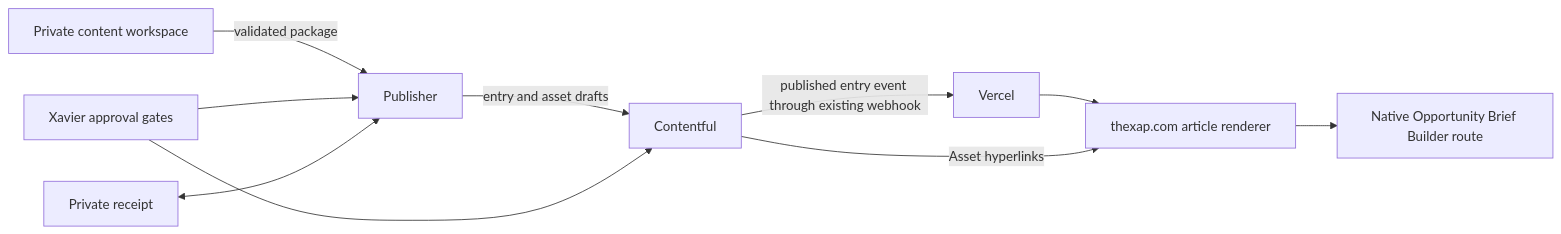
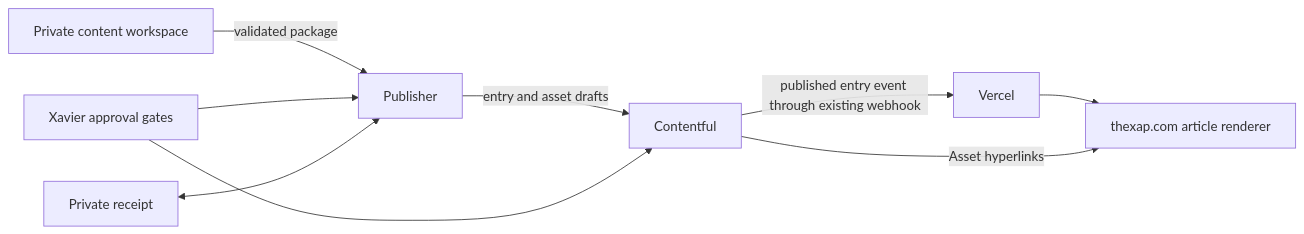
One commit to xap5xap/thexap_tech changed the first of 2 diagrams in docs/publishing/visual-tutorial-publication-contract.md. Above: the diagram before and after it, drawn with Mermaid. The commit also changed other lines of this file and 14 other files, not shown here.

Commit message:
fix: remove opportunity brief builder

````diff
--- a/docs/publishing/visual-tutorial-publication-contract.md
+++ b/docs/publishing/visual-tutorial-publication-contract.md
@@ -30,12 +30,11 @@
 ```mermaid
 flowchart LR
     A[Private content workspace] -->|validated package| P[Publisher]
     P -->|entry and asset drafts| C[Contentful]
     C -->|published entry event through existing webhook| V[Vercel]
     V --> W[thexap.com article renderer]
-    W --> T[Native Opportunity Brief Builder route]
     C -->|Asset hyperlinks| W
     X[Xavier approval gates] --> P
     X --> C
     R[Private receipt] <--> P
 ```
````
